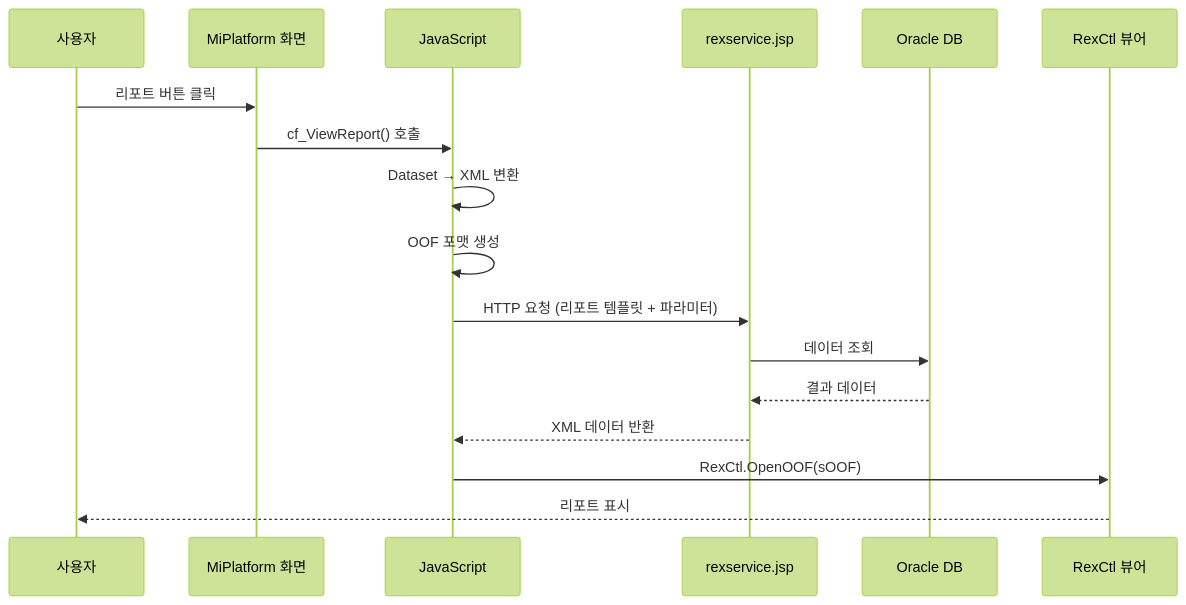
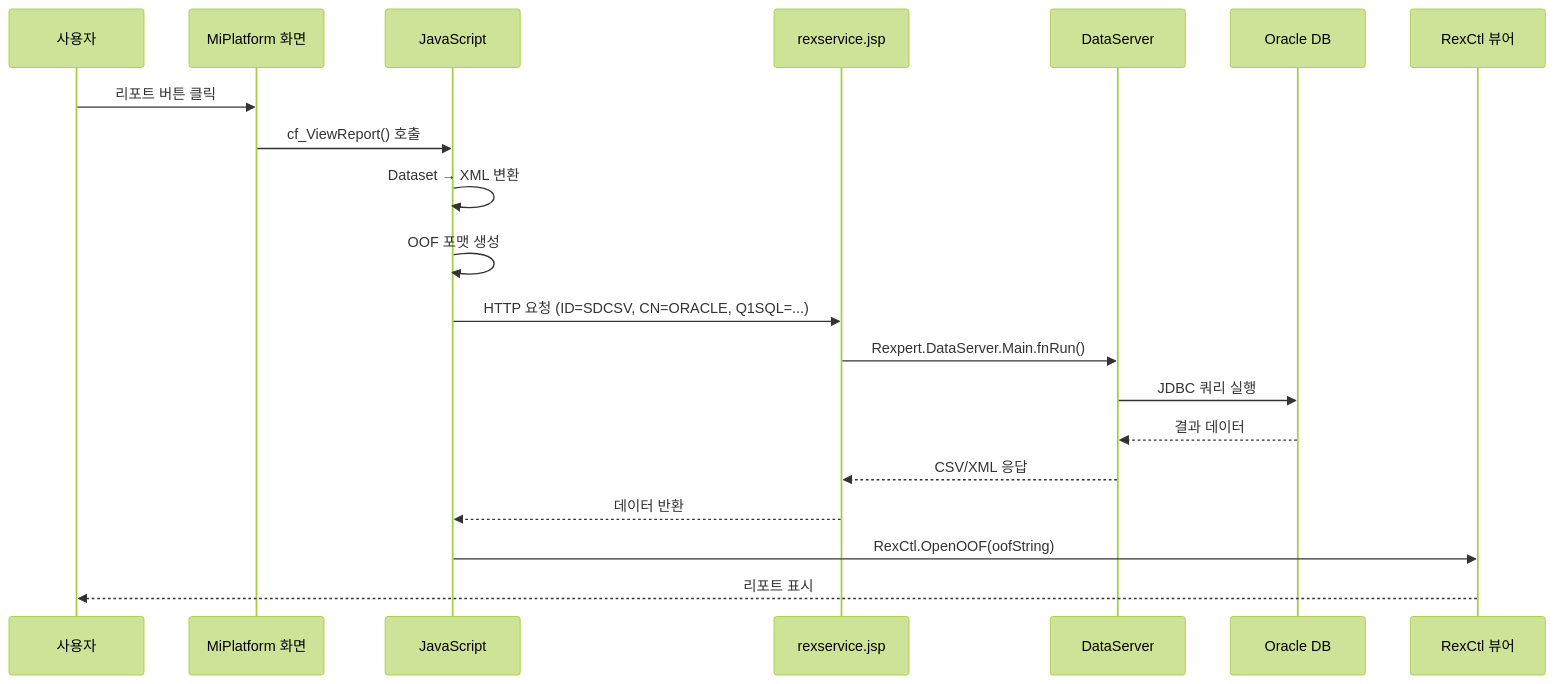
Before and after one commit to forsylph/nph: the second of 2 diagrams in 03.analysis_results/033.platform-services/0333.shared-solutions/B.Rexpert-리포트엔진.md, drawn with Mermaid (forest theme). The commit also changed other lines of this file and 1 other file, not shown here.

Commit message:
Rename detailed-analysis to ref.detailed-analysis, update Rexpert doc

````diff
--- a/03.analysis_results/033.platform-services/0333.shared-solutions/B.Rexpert-리포트엔진.md
+++ b/03.analysis_results/033.platform-services/0333.shared-solutions/B.Rexpert-리포트엔진.md
@@ -104,20 +192,23 @@
 ```mermaid
 sequenceDiagram
     participant User as 사용자
     participant Screen as MiPlatform 화면
     participant JS as JavaScript
     participant JSP as rexservice.jsp
+    participant DS as DataServer
     participant DB as Oracle DB
     participant Viewer as RexCtl 뷰어
 
     User->>Screen: 리포트 버튼 클릭
     Screen->>JS: cf_ViewReport() 호출
     JS->>JS: Dataset → XML 변환
     JS->>JS: OOF 포맷 생성
-    JS->>JSP: HTTP 요청 (리포트 템플릿 + 파라미터)
-    JSP->>DB: 데이터 조회
-    DB-->>JSP: 결과 데이터
-    JSP-->>JS: XML 데이터 반환
-    JS->>Viewer: RexCtl.OpenOOF(sOOF)
+    JS->>JSP: HTTP 요청 (ID=SDCSV, CN=ORACLE, Q1SQL=...)
+    JSP->>DS: Rexpert.DataServer.Main.fnRun()
+    DS->>DB: JDBC 쿼리 실행
+    DB-->>DS: 결과 데이터
+    DS-->>JSP: CSV/XML 응답
+    JSP-->>JS: 데이터 반환
+    JS->>Viewer: RexCtl.OpenOOF(oofString)
     Viewer-->>User: 리포트 표시
 ```
````
